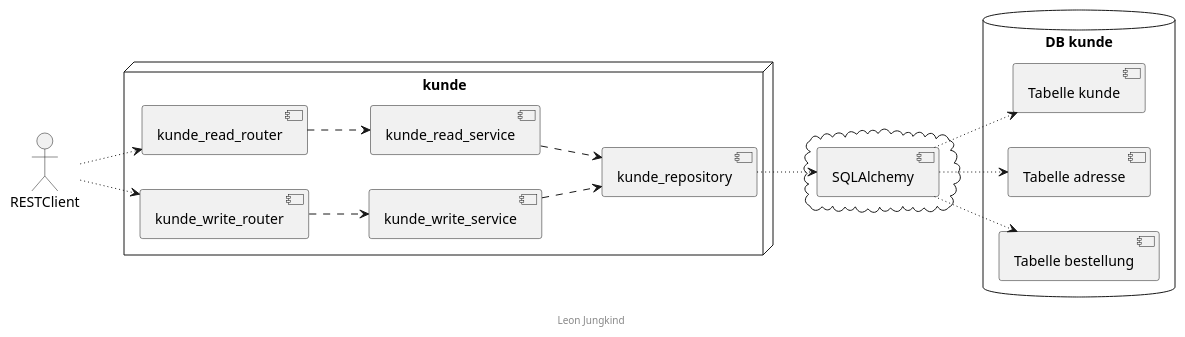
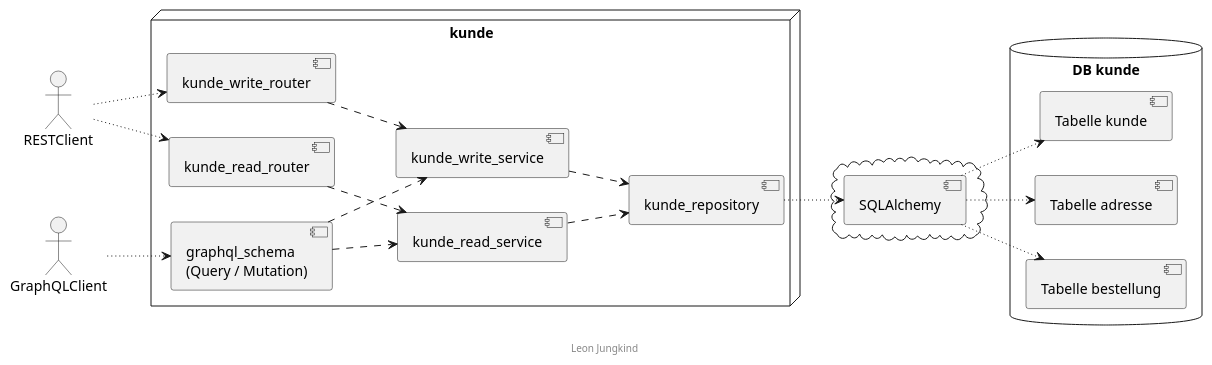
One commit to leonjungkind-cmyk/SWE_Abgabe_1 changed the diagram in docs/diagramme/src/komponenten.plantuml. Above: the diagram before and after it, drawn with PlantUML. The commit also changed 3 other files, not shown here.

Commit message:
Anpassungen Plant Uml an Graph QL

```diff
--- a/docs/diagramme/src/komponenten.plantuml
+++ b/docs/diagramme/src/komponenten.plantuml
@@ -3,42 +3,48 @@
 @startuml Komponenten
 
 left to right direction
 
 actor RESTClient
+actor GraphQLClient
 
 node "kunde" {
   [kunde_read_router]
   [kunde_write_router]
+
+  [graphql_schema\n(Query / Mutation)]
 
   [kunde_read_service]
   [kunde_write_service]
 
   [kunde_repository]
 }
 
 cloud {
     [SQLAlchemy]
 }
 
 database "DB kunde" {
     [Tabelle kunde]
     [Tabelle adresse]
     [Tabelle bestellung]
 }
 
 RESTClient ~~> [kunde_read_router]
 RESTClient ~~> [kunde_write_router]
+GraphQLClient ~~> [graphql_schema\n(Query / Mutation)]
 
 [kunde_read_router] ..> [kunde_read_service]
 [kunde_write_router] ..> [kunde_write_service]
+[graphql_schema\n(Query / Mutation)] ..> [kunde_read_service]
+[graphql_schema\n(Query / Mutation)] ..> [kunde_write_service]
 [kunde_read_service] ..> [kunde_repository]
 [kunde_write_service] ..> [kunde_repository]
 
 [kunde_repository] ~~> [SQLAlchemy]
 [SQLAlchemy] ~~> [Tabelle kunde]
 [SQLAlchemy] ~~> [Tabelle adresse]
 [SQLAlchemy] ~~> [Tabelle bestellung]
 
 footer Leon Jungkind
 
 @enduml
```
